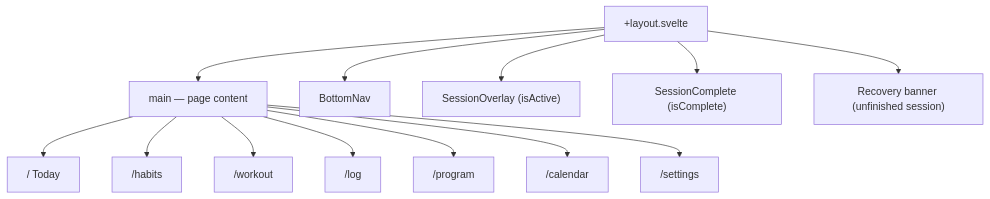
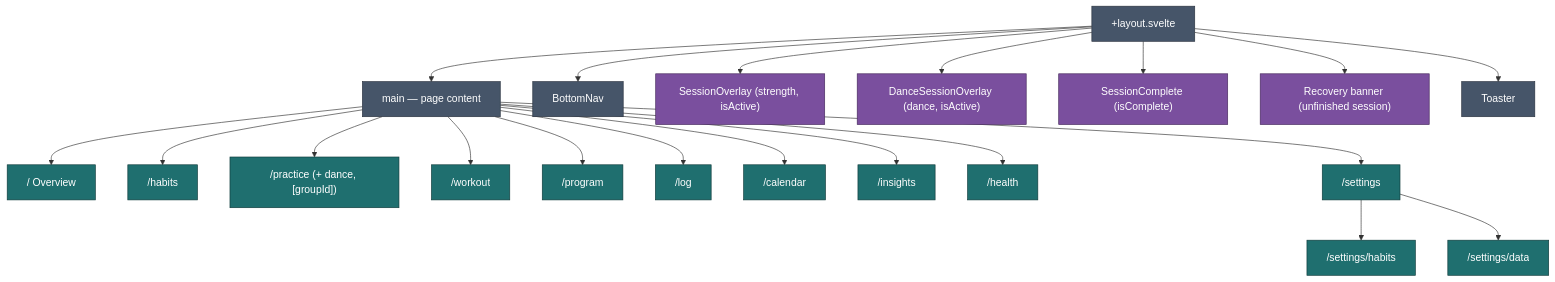
One commit to jermbo/CosmicWorkOut changed the first of 2 diagrams in docs/implementation/app-structure.md. Above: the diagram before and after it, drawn with Mermaid. The commit also changed other lines of this file and 132 other files, not shown here.

````diff
--- a/docs/implementation/app-structure.md
+++ b/docs/implementation/app-structure.md
@@ -27,17 +34,31 @@
 ```mermaid
 flowchart TB
     Layout["+layout.svelte"]
     Layout --> Main["main — page content"]
     Layout --> Nav[BottomNav]
-    Layout --> Overlay["SessionOverlay (isActive)"]
+    Layout --> Overlay["SessionOverlay (strength, isActive)"]
+    Layout --> Dance["DanceSessionOverlay (dance, isActive)"]
     Layout --> Complete["SessionComplete (isComplete)"]
     Layout --> Recovery["Recovery banner (unfinished session)"]
+    Layout --> Toast["Toaster"]
 
-    Main --> Today["/ Today"]
+    Main --> Today["/ Overview"]
     Main --> Habits["/habits"]
+    Main --> Practice["/practice (+ dance, [groupId])"]
     Main --> Workout["/workout"]
+    Main --> Program["/program"]
     Main --> Log["/log"]
-    Main --> Program["/program"]
     Main --> Calendar["/calendar"]
+    Main --> Insights["/insights"]
+    Main --> Health["/health"]
     Main --> Settings["/settings"]
+    Settings --> SettingsHab["/settings/habits"]
+    Settings --> SettingsData["/settings/data"]
+
+    classDef shell fill:#465569,stroke:#28313e,color:#ffffff;
+    classDef overlay fill:#7a4f9e,stroke:#46295c,color:#ffffff;
+    classDef route fill:#1f6f6f,stroke:#0f3a3a,color:#ffffff;
+    class Layout,Main,Nav,Toast shell;
+    class Overlay,Dance,Complete,Recovery overlay;
+    class Today,Habits,Practice,Workout,Program,Log,Calendar,Insights,Health,Settings,SettingsHab,SettingsData route;
 ```
````
